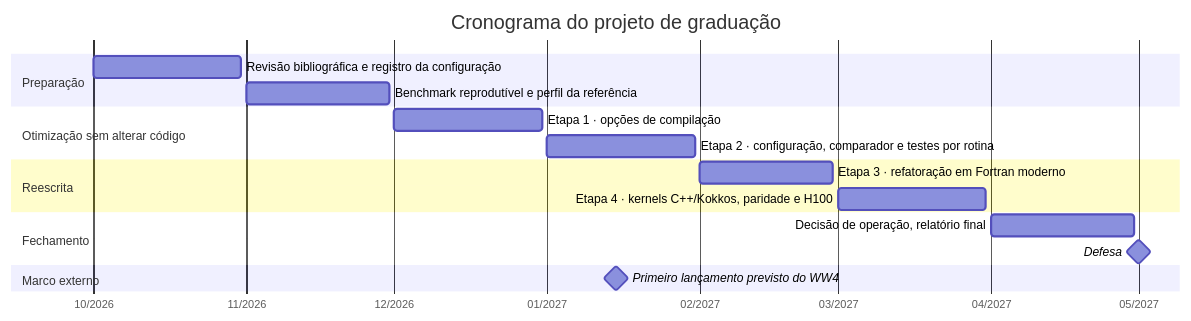
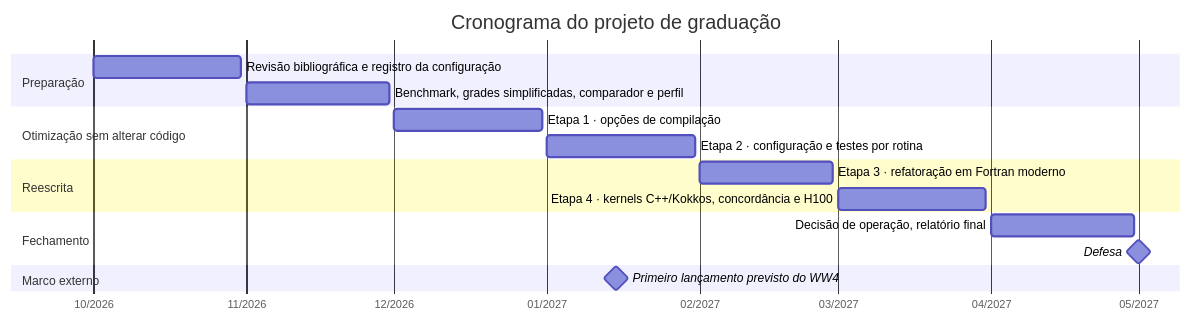
The seventh of 8 diagrams in pubs/proposal/mapas-mentais.pt.md (h0ffmann/ww3-gpu), drawn with Mermaid before and after one commit. The commit also changed other lines of this file and 17 other files, not shown here.

````diff
--- a/pubs/proposal/mapas-mentais.pt.md
+++ b/pubs/proposal/mapas-mentais.pt.md
@@ -174,20 +169,20 @@
 ```mermaid
 gantt
     title Cronograma do projeto de graduação
     dateFormat YYYY-MM-DD
     axisFormat %m/%Y
     section Preparação
     Revisão bibliográfica e registro da configuração      :a1, 2026-10-01, 2026-10-31
-    Benchmark reprodutível e perfil da referência          :a2, 2026-11-01, 2026-11-30
+    Benchmark, grades simplificadas, comparador e perfil   :a2, 2026-11-01, 2026-11-30
     section Otimização sem alterar código
     Etapa 1 · opções de compilação                         :b1, 2026-12-01, 2026-12-31
-    Etapa 2 · configuração, comparador e testes por rotina :b2, 2027-01-01, 2027-01-31
+    Etapa 2 · configuração e testes por rotina             :b2, 2027-01-01, 2027-01-31
     section Reescrita
     Etapa 3 · refatoração em Fortran moderno               :c1, 2027-02-01, 2027-02-28
-    Etapa 4 · kernels C++/Kokkos, paridade e H100          :c2, 2027-03-01, 2027-03-31
+    Etapa 4 · kernels C++/Kokkos, concordância e H100      :c2, 2027-03-01, 2027-03-31
     section Fechamento
     Decisão de operação, relatório final                   :d1, 2027-04-01, 2027-04-30
     Defesa                                                 :milestone, d2, 2027-05-01, 0d
     section Marco externo
     Primeiro lançamento previsto do WW4                    :milestone, w4, 2027-01-15, 0d
 ```
````
